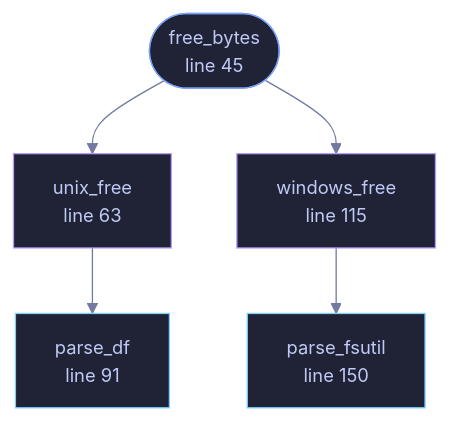
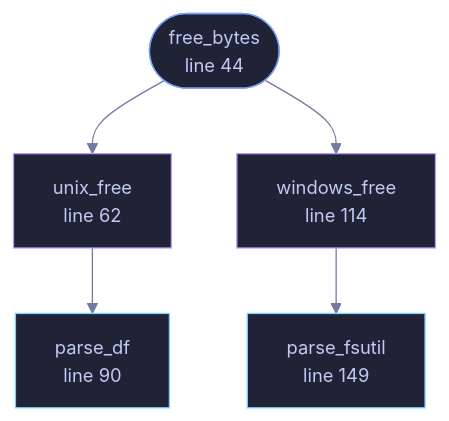
One commit to tilas01/veilvoice changed the diagram in docs/files/veilvoice-setup/space.md. Above: the diagram before and after it, drawn with Mermaid. The commit also changed other lines of this file and 34 other files, not shown here.

````diff
--- a/docs/files/veilvoice-setup/space.md
+++ b/docs/files/veilvoice-setup/space.md
@@ -85,24 +85,24 @@
 ```mermaid
 %%{init: {"theme":"base","themeVariables":{"background":"#1a1b26","primaryColor":"#1f2335","primaryTextColor":"#c0caf5","primaryBorderColor":"#7aa2f7","secondaryColor":"#16161e","tertiaryColor":"#16161e","lineColor":"#737aa2","textColor":"#c0caf5","mainBkg":"#1f2335","nodeBorder":"#7aa2f7","clusterBkg":"#16161e","clusterBorder":"#2f3549","fontFamily":"ui-monospace, SFMono-Regular, Consolas, monospace","fontSize":"14px"}}}%%
 flowchart TD
-    n_free_bytes(["free_bytes<br/>line 45"])
-    n_unix_free["unix_free<br/>line 63"]
-    n_parse_df["parse_df<br/>line 91"]
-    n_windows_free["windows_free<br/>line 115"]
-    n_parse_fsutil["parse_fsutil<br/>line 150"]
+    n_free_bytes(["free_bytes<br/>line 44"])
+    n_unix_free["unix_free<br/>line 62"]
+    n_parse_df["parse_df<br/>line 90"]
+    n_windows_free["windows_free<br/>line 114"]
+    n_parse_fsutil["parse_fsutil<br/>line 149"]
     n_free_bytes --> n_unix_free
     n_free_bytes --> n_windows_free
     n_unix_free --> n_parse_df
     n_windows_free --> n_parse_fsutil
-    click n_free_bytes href "https://github.com/tilas01/veilvoice/blob/main/crates/veilvoice-setup/src/space.rs#L45" "open the source"
-    click n_unix_free href "https://github.com/tilas01/veilvoice/blob/main/crates/veilvoice-setup/src/space.rs#L63" "open the source"
-    click n_parse_df href "https://github.com/tilas01/veilvoice/blob/main/crates/veilvoice-setup/src/space.rs#L91" "open the source"
-    click n_windows_free href "https://github.com/tilas01/veilvoice/blob/main/crates/veilvoice-setup/src/space.rs#L115" "open the source"
-    click n_parse_fsutil href "https://github.com/tilas01/veilvoice/blob/main/crates/veilvoice-setup/src/space.rs#L150" "open the source"
+    click n_free_bytes href "https://github.com/tilas01/veilvoice/blob/main/crates/veilvoice-setup/src/space.rs#L44" "open the source"
+    click n_unix_free href "https://github.com/tilas01/veilvoice/blob/main/crates/veilvoice-setup/src/space.rs#L62" "open the source"
+    click n_parse_df href "https://github.com/tilas01/veilvoice/blob/main/crates/veilvoice-setup/src/space.rs#L90" "open the source"
+    click n_windows_free href "https://github.com/tilas01/veilvoice/blob/main/crates/veilvoice-setup/src/space.rs#L114" "open the source"
+    click n_parse_fsutil href "https://github.com/tilas01/veilvoice/blob/main/crates/veilvoice-setup/src/space.rs#L149" "open the source"
     classDef entry fill:#1f2335,stroke:#7aa2f7,color:#c0caf5
     class n_free_bytes entry
     classDef api fill:#1f2335,stroke:#7dcfff,color:#c0caf5
     class n_parse_df,n_parse_fsutil api
     classDef helper fill:#1f2335,stroke:#bb9af7,color:#c0caf5
     class n_unix_free,n_windows_free helper
 ```
````
